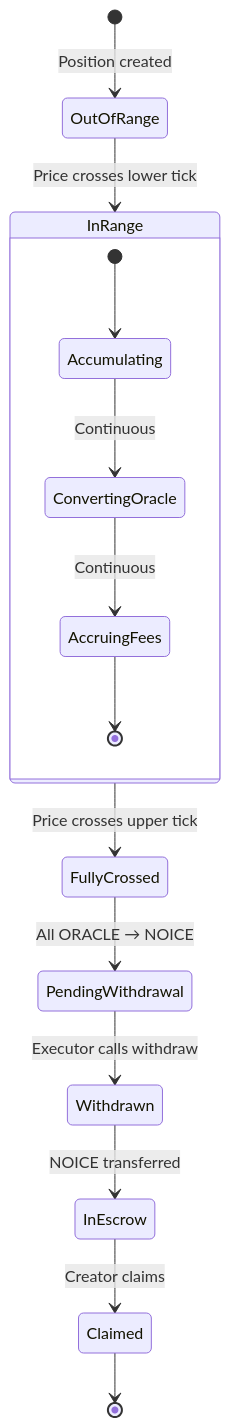
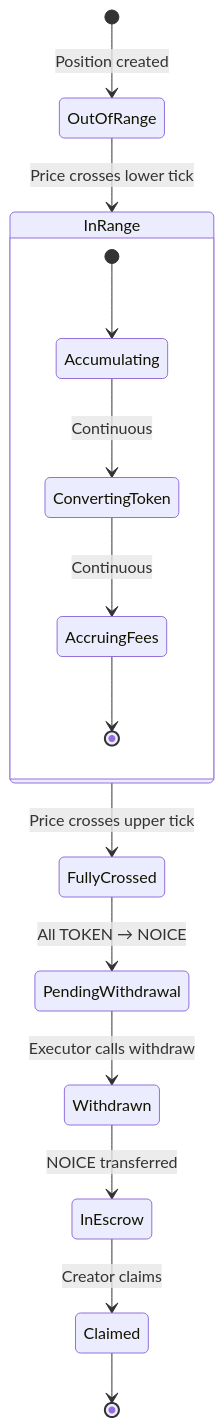
One commit to noiceengg/contracts changed the sixth of 7 diagrams in README.md. Above: the diagram before and after it, drawn with Mermaid.

````diff
--- a/README.md
+++ b/README.md
@@ -335,21 +335,21 @@
 ```mermaid
 stateDiagram-v2
     [*] --> OutOfRange: Position created
     
     OutOfRange --> InRange: Price crosses lower tick
     
     state InRange {
         [*] --> Accumulating
-        Accumulating --> ConvertingOracle: Continuous
-        ConvertingOracle --> AccruingFees: Continuous
+        Accumulating --> ConvertingToken: Continuous
+        ConvertingToken --> AccruingFees: Continuous
         AccruingFees --> [*]
     }
     
     InRange --> FullyCrossed: Price crosses upper tick
     
-    FullyCrossed --> PendingWithdrawal: All ORACLE → NOICE
+    FullyCrossed --> PendingWithdrawal: All TOKEN → NOICE
     PendingWithdrawal --> Withdrawn: Executor calls withdraw
     Withdrawn --> InEscrow: NOICE transferred
     InEscrow --> Claimed: Creator claims
     Claimed --> [*]
 ```
````
